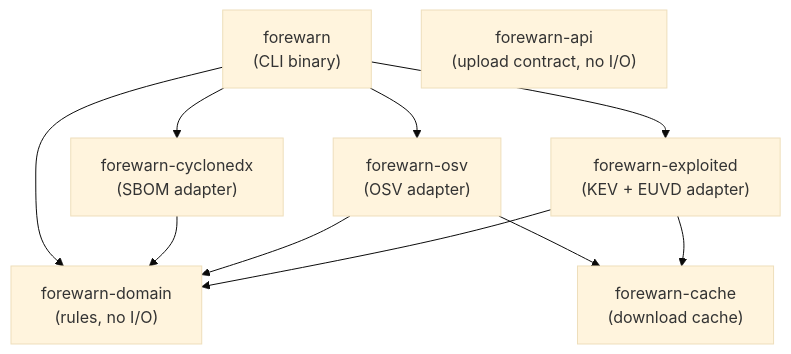
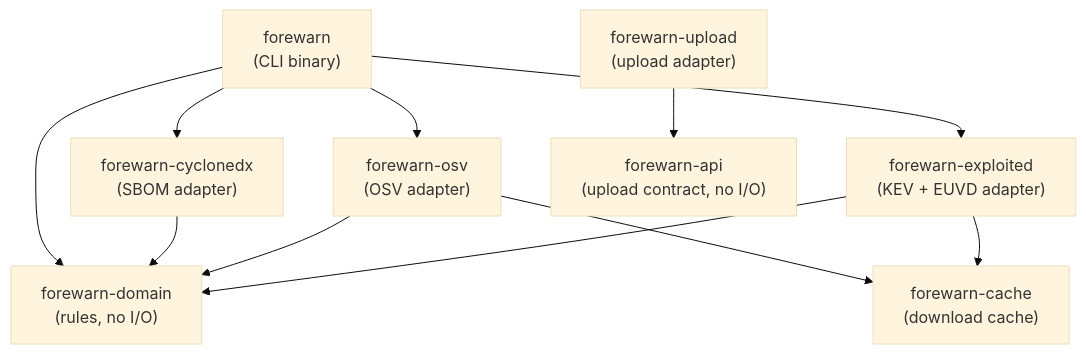
One commit to Electron-libre/forewarn-cli changed the first of 2 diagrams in docs/architecture.md. Above: the diagram before and after it, drawn with Mermaid (base theme). The commit also changed other lines of this file and 11 other files, not shown here.

First line of the commit message:
feat(api): check the endpoint and the token of an SBOM upload

````diff
--- a/docs/architecture.md
+++ b/docs/architecture.md
@@ -25,15 +25,17 @@
 ```mermaid
 flowchart TD
     cli["forewarn<br/>(CLI binary)"]
     cdx["forewarn-cyclonedx<br/>(SBOM adapter)"]
     osv["forewarn-osv<br/>(OSV adapter)"]
     exp["forewarn-exploited<br/>(KEV + EUVD adapter)"]
     cache["forewarn-cache<br/>(download cache)"]
     domain["forewarn-domain<br/>(rules, no I/O)"]
     api["forewarn-api<br/>(upload contract, no I/O)"]
+    upl["forewarn-upload<br/>(upload adapter)"]
 
     cli --> cdx & osv & exp & domain
     cdx --> domain
     osv --> domain & cache
     exp --> domain & cache
+    upl --> api
 ```
````
